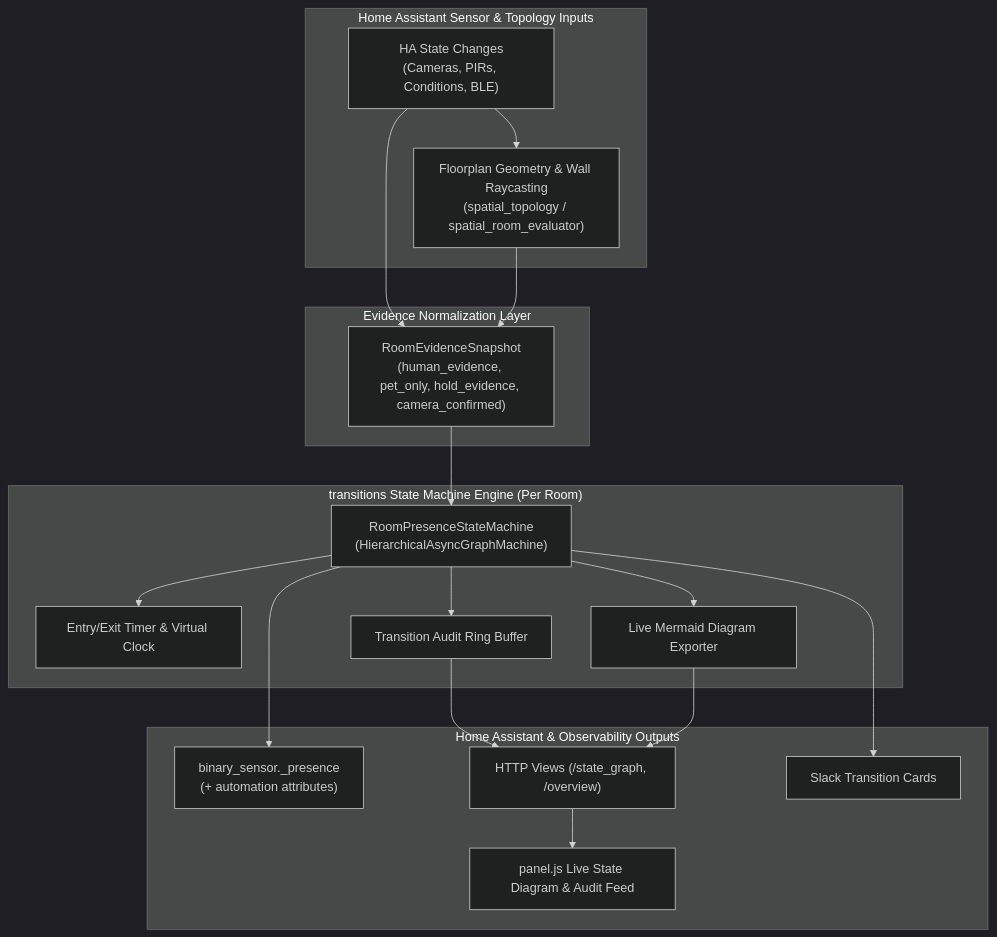
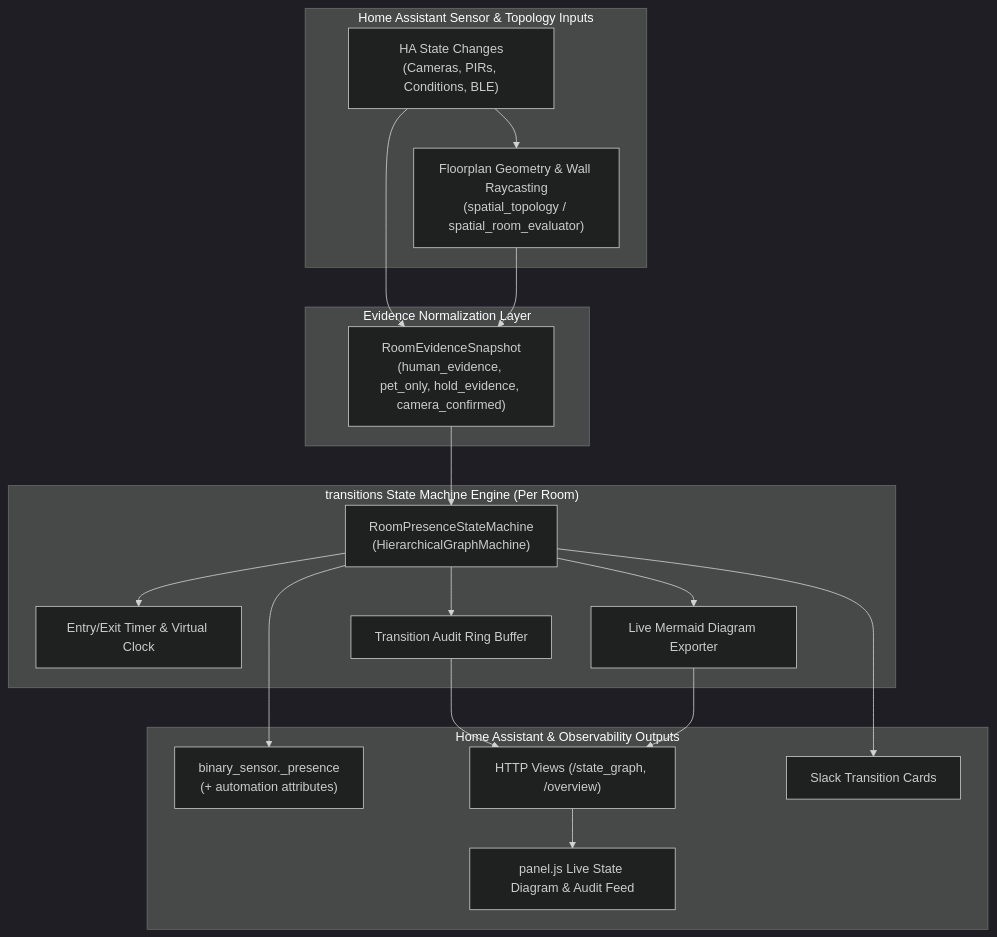
One commit to spelech/ha-presence-detection-designer changed the first of 2 diagrams in ARCHITECTURE.md. Above: the diagram before and after it, drawn with Mermaid (dark theme). The commit also changed other lines of this file and 40 other files, not shown here.

Commit message:
feat(state-machine): migrate occupancy lifecycle to hierarchical transitions engine

````diff
--- a/ARCHITECTURE.md
+++ b/ARCHITECTURE.md
@@ -9,38 +9,38 @@
 ```mermaid
 flowchart TD
     subgraph Sensors["Home Assistant Sensor & Topology Inputs"]
         HA["HA State Changes<br/>(Cameras, PIRs, Conditions, BLE)"]
         FP["Floorplan Geometry & Wall Raycasting<br/>(spatial_topology / spatial_room_evaluator)"]
     end
 
     subgraph Evidence["Evidence Normalization Layer"]
         EV["RoomEvidenceSnapshot<br/>(human_evidence, pet_only, hold_evidence, camera_confirmed)"]
     end
 
     subgraph Core["transitions State Machine Engine (Per Room)"]
-        SM["RoomPresenceStateMachine<br/>(HierarchicalAsyncGraphMachine)"]
+        SM["RoomPresenceStateMachine<br/>(HierarchicalGraphMachine)"]
         Timer["Entry/Exit Timer & Virtual Clock"]
         Audit["Transition Audit Ring Buffer"]
         Mermaid["Live Mermaid Diagram Exporter"]
     end
 
     subgraph Outputs["Home Assistant & Observability Outputs"]
         BS["binary_sensor.<room>_presence<br/>(+ automation attributes)"]
         API["HTTP Views (/state_graph, /overview)"]
         UI["panel.js Live State Diagram & Audit Feed"]
         Slack["Slack Transition Cards"]
     end
 
     HA --> FP
     HA --> EV
     FP --> EV
     EV --> SM
     SM --> Timer
     SM --> Audit
     SM --> Mermaid
     SM --> BS
     Audit --> API
     Mermaid --> API
     API --> UI
     SM --> Slack
 ```
````
